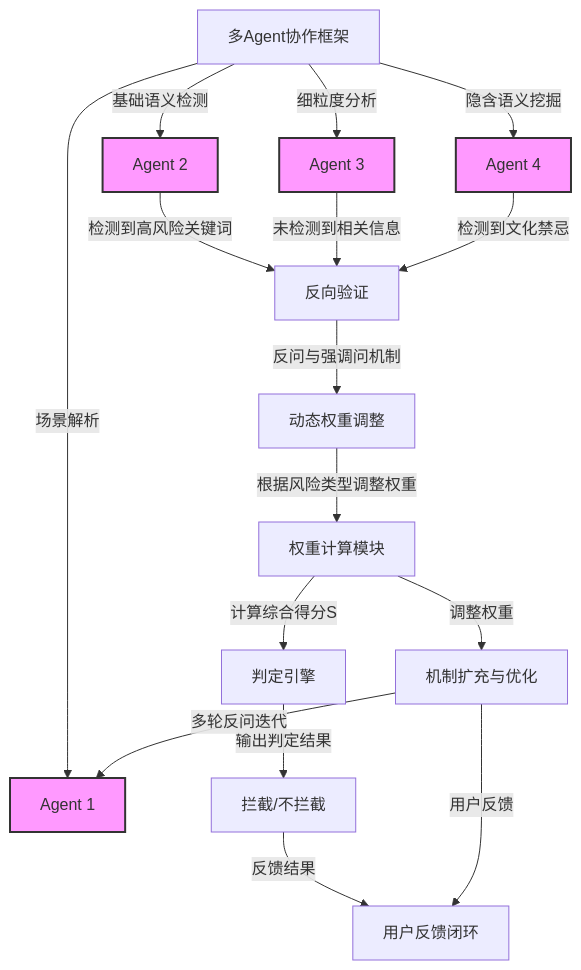
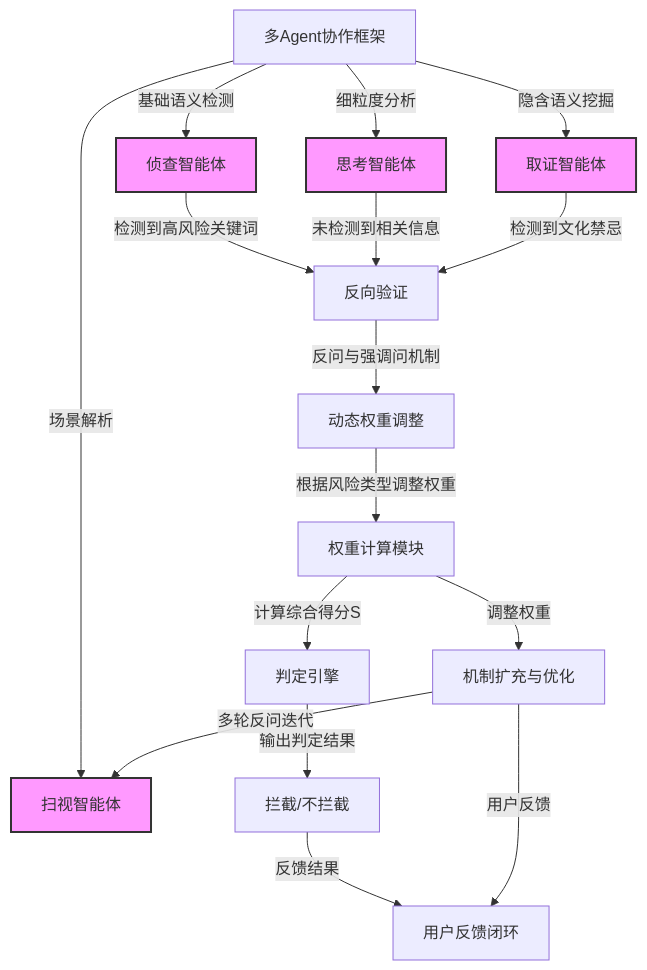
One commit to ziri2004/test2 changed the second of 2 diagrams in README.md. Above: the diagram before and after it, drawn with Mermaid.

````diff
--- a/README.md
+++ b/README.md
@@ -31,28 +31,28 @@
 ```mermaid
 flowchart TD
-    A1[多Agent协作框架] -->|场景解析| B1[Agent 1]
-    A1 -->|基础语义检测| B2[Agent 2]
-    A1 -->|细粒度分析| B3[Agent 3]
-    A1 -->|隐含语义挖掘| B4[Agent 4]
+    A1[多Agent协作框架] -->|场景解析| B1[扫视智能体]
+    A1 -->|基础语义检测| B2[侦查智能体]
+    A1 -->|细粒度分析| B3[思考智能体]
+    A1 -->|隐含语义挖掘| B4[取证智能体]
     
     B2 -->|检测到高风险关键词| C1[反向验证]
     B3 -->|未检测到相关信息| C1
     B4 -->|检测到文化禁忌| C1
     
     C1 -->|反问与强调问机制| D1[动态权重调整]
     
     D1 -->|根据风险类型调整权重| E1[权重计算模块]
     E1 -->|计算综合得分S| F1[判定引擎]
     
     F1 -->|输出判定结果| G1[拦截/不拦截]
     
     G1 -->|反馈结果| H1[用户反馈闭环]
     
     E1 -->|调整权重| D2[机制扩充与优化]
     D2 -->|多轮反问迭代| B1
     D2 -->|用户反馈| H1
 
     classDef agent fill:#f9f,stroke:#333,stroke-width:2px;
     class B1,B2,B3,B4 agent;
     class C1,D1,E1,F1,G1,H1 fill:#ccf,stroke:#333,stroke-width:2px;
 ```
````
